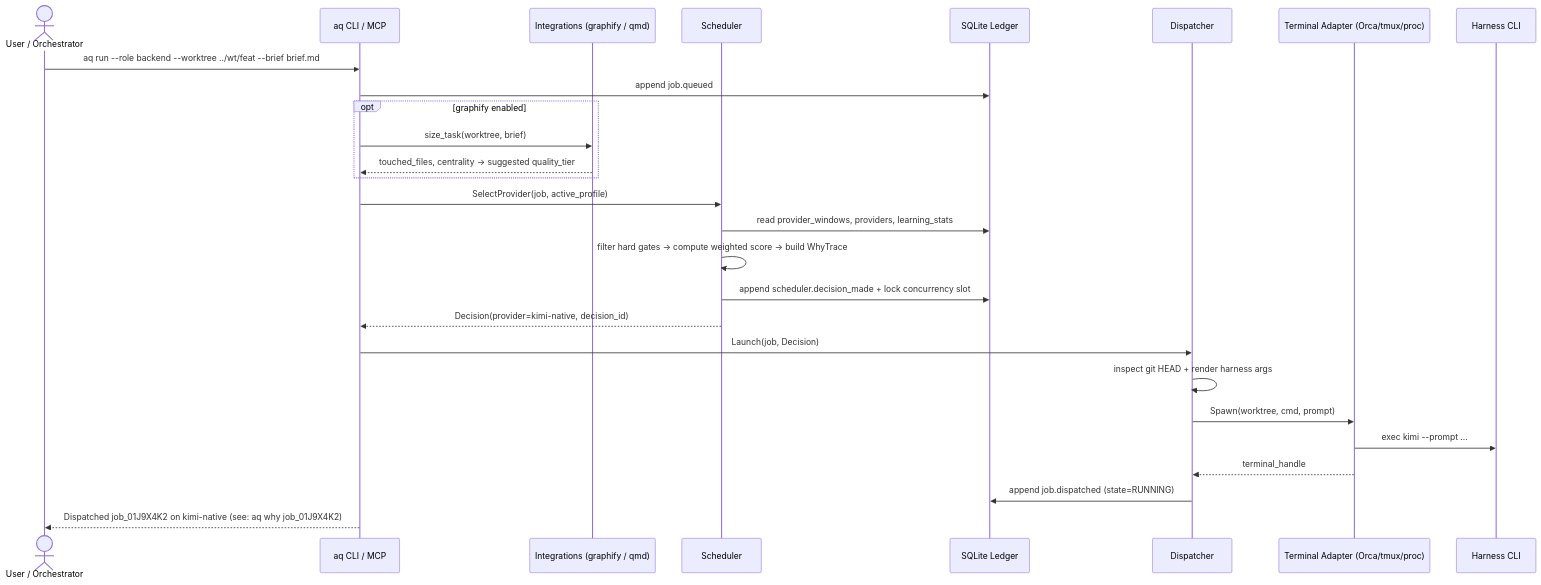
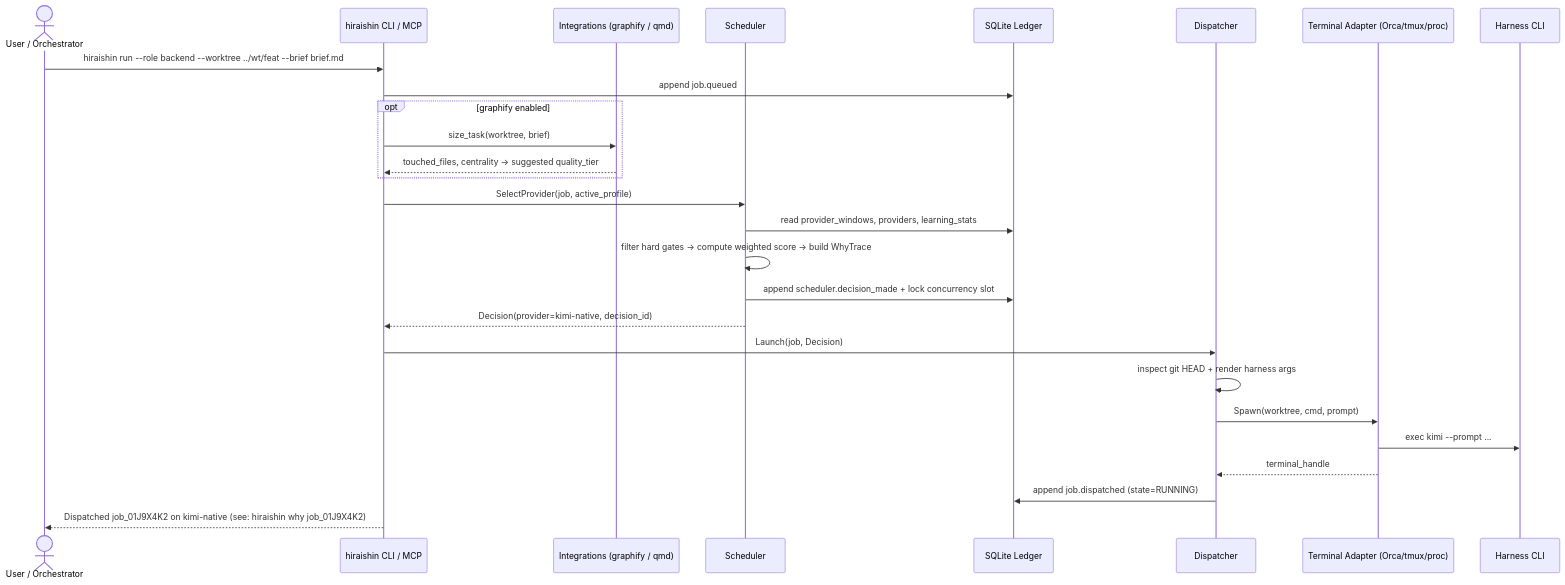
One commit to KurobaneShin/hiraishin changed the fourth of 6 diagrams in docs/architecture.md. Above: the diagram before and after it, drawn with Mermaid. The commit also changed other lines of this file and 199 other files, not shown here.

````diff
--- a/docs/architecture.md
+++ b/docs/architecture.md
@@ -264,30 +273,30 @@
 ```mermaid
 sequenceDiagram
     actor User as User / Orchestrator
-    participant CLI as aq CLI / MCP
+    participant CLI as hiraishin CLI / MCP
     participant Int as Integrations (graphify / qmd)
     participant Sched as Scheduler
     participant Ledger as SQLite Ledger
     participant Disp as Dispatcher
     participant Term as Terminal Adapter (Orca/tmux/proc)
     participant Agent as Harness CLI
 
-    User->>CLI: aq run --role backend --worktree ../wt/feat --brief brief.md
+    User->>CLI: hiraishin run --role backend --worktree ../wt/feat --brief brief.md
     CLI->>Ledger: append job.queued
     opt graphify enabled
         CLI->>Int: size_task(worktree, brief)
         Int-->>CLI: touched_files, centrality -> suggested quality_tier
     end
     CLI->>Sched: SelectProvider(job, active_profile)
     Sched->>Ledger: read provider_windows, providers, learning_stats
     Sched->>Sched: filter hard gates -> compute weighted score -> build WhyTrace
     Sched->>Ledger: append scheduler.decision_made + lock concurrency slot
     Sched-->>CLI: Decision(provider=kimi-native, decision_id)
     CLI->>Disp: Launch(job, Decision)
     Disp->>Disp: inspect git HEAD + render harness args
     Disp->>Term: Spawn(worktree, cmd, prompt)
     Term->>Agent: exec kimi --prompt ...
     Term-->>Disp: terminal_handle
     Disp->>Ledger: append job.dispatched (state=RUNNING)
-    CLI-->>User: Dispatched job_01J9X4K2 on kimi-native (see: aq why job_01J9X4K2)
+    CLI-->>User: Dispatched job_01J9X4K2 on kimi-native (see: hiraishin why job_01J9X4K2)
 ```
````
